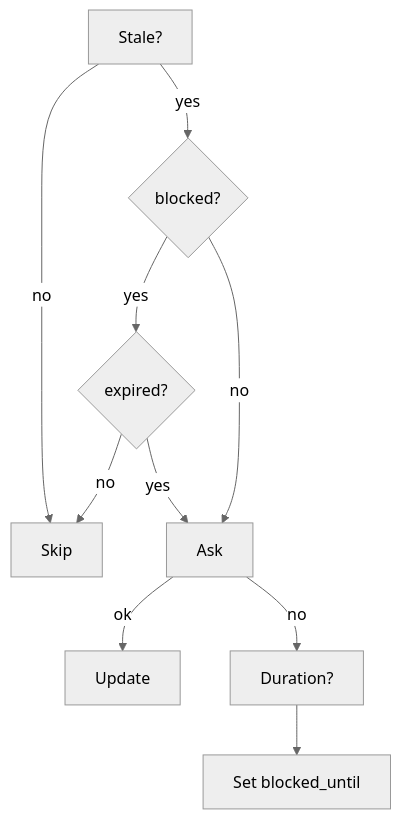
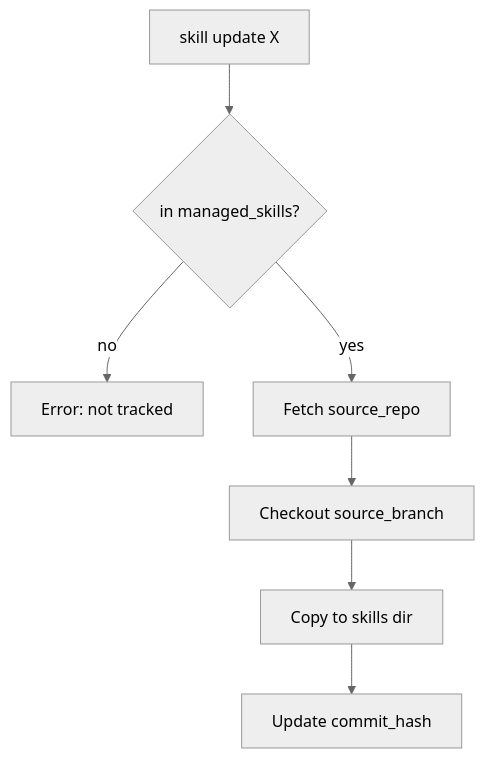
One commit to arekglinka/opencode-skills changed the first of 2 diagrams in .opencode/skills/meta-skill/SKILL.md. Above: the diagram before and after it, drawn with Mermaid (neutral theme). The commit also changed other lines of this file and 2 other files, not shown here.

Commit message:
feat(skills): add source tracking for skill

````diff
--- a/.opencode/skills/meta-skill/SKILL.md
+++ b/.opencode/skills/meta-skill/SKILL.md
@@ -41,12 +57,9 @@
 ```mermaid
 flowchart TD
-    A[Stale?] -->|no| Z[Skip]
-    A -->|yes| B{blocked?}
-    B -->|yes| C{expired?}
-    C -->|no| Z
-    C -->|yes| D[Ask]
-    B -->|no| D
-    D -->|ok| E[Update]
-    D -->|no| F[Duration?]
-    F --> G[Set blocked_until]
+  A[skill update X] --> B{in managed_skills?}
+  B -->|no| C[Error: not tracked]
+  B -->|yes| D[Fetch source_repo]
+  D --> E[Checkout source_branch]
+  E --> F[Copy to skills dir]
+  F --> G[Update commit_hash]
 ```
````
